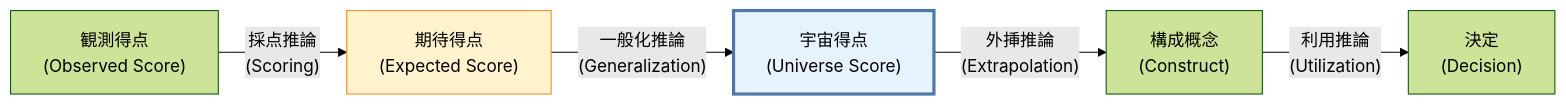
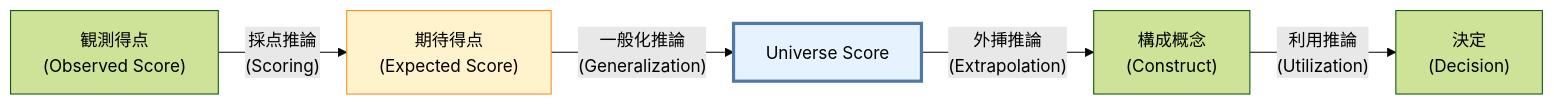
One commit to Ryuya-dot-com/ELE_Website_Statistics_Book changed the fourth of 4 diagrams in 10_一般化可能性理論.qmd. Above: the diagram before and after it, drawn with Mermaid (forest theme). The commit also changed other lines of this file and 1020 other files, not shown here.

````diff
--- a/10_一般化可能性理論.qmd
+++ b/10_一般化可能性理論.qmd
@@ -2244,12 +3586,12 @@
 ```{mermaid}
 %%| label: fig-validity-argument
 %%| fig-cap: "妥当性論証における一般化可能性理論の位置づけ（Kane, 2006 に基づく）"
 flowchart LR
     A["観測得点\n(Observed Score)"] -->|"採点推論\n(Scoring)"| B["期待得点\n(Expected Score)"]
-    B -->|"一般化推論\n(Generalization)"| C["宇宙得点\n(Universe Score)"]
+    B -->|"一般化推論\n(Generalization)"| C["Universe Score"]
     C -->|"外挿推論\n(Extrapolation)"| D["構成概念\n(Construct)"]
     D -->|"利用推論\n(Utilization)"| E["決定\n(Decision)"]
 
     style B fill:#fff3cd,stroke:#f28e2b
     style C fill:#e6f3ff,stroke:#4e79a7,stroke-width:3px
 ```
````
